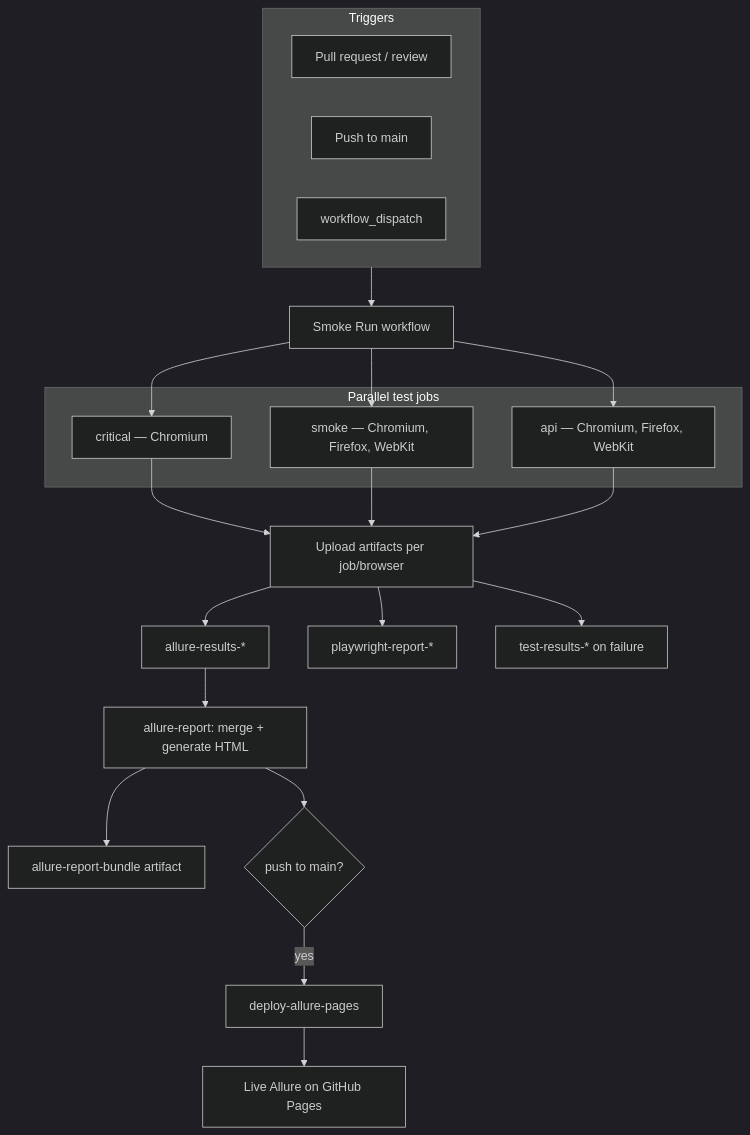
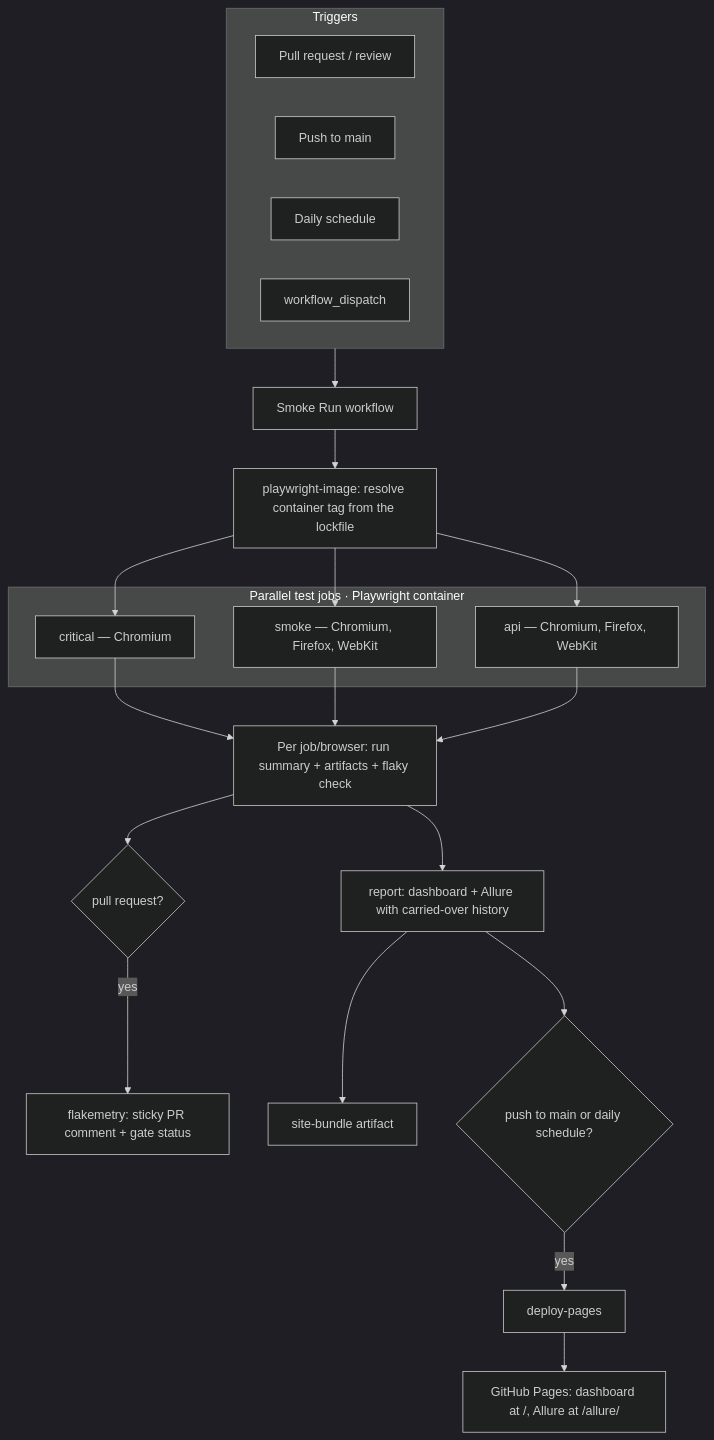
The diagram in docs/ci-pipeline.md (AKogut/playwright-ecommerce-framework), drawn with Mermaid (dark theme) before and after one commit. The commit also changed other lines of this file and 13 other files, not shown here.

First line of the commit message:
fix: Allure trend history, daily dashboard, local report hygiene, and docs (#120)

````diff
--- a/docs/ci-pipeline.md
+++ b/docs/ci-pipeline.md
@@ -9,34 +13,35 @@
 ```mermaid
 flowchart TD
     subgraph triggers [Triggers]
         PR[Pull request / review]
         MAIN[Push to main]
+        DAILY[Daily schedule]
         WD[workflow_dispatch]
     end
 
     triggers --> SR[Smoke Run workflow]
+    SR --> IMG[playwright-image: resolve container tag from the lockfile]
 
-    subgraph parallel [Parallel test jobs]
+    subgraph parallel [Parallel test jobs · Playwright container]
         C[critical — Chromium]
         S[smoke — Chromium, Firefox, WebKit]
         A[api — Chromium, Firefox, WebKit]
     end
 
-    SR --> C
-    SR --> S
-    SR --> A
+    IMG --> C
+    IMG --> S
+    IMG --> A
 
-    C --> ART[Upload artifacts per job/browser]
+    C --> ART[Per job/browser: run summary + artifacts + flaky check]
     S --> ART
     A --> ART
 
-    ART --> A1[allure-results-*]
-    ART --> A2[playwright-report-*]
-    ART --> A3[test-results-* on failure]
+    ART --> FM{pull request?}
+    FM -->|yes| INSIGHT[flakemetry: sticky PR comment + gate status]
 
-    A1 --> MERGE[allure-report: merge + generate HTML]
-    MERGE --> BUNDLE[allure-report-bundle artifact]
-    MERGE --> PAGES{push to main?}
-    PAGES -->|yes| DEPLOY[deploy-allure-pages]
-    DEPLOY --> LIVE[Live Allure on GitHub Pages]
+    ART --> REPORT[report: dashboard + Allure with carried-over history]
+    REPORT --> BUNDLE[site-bundle artifact]
+    REPORT --> PAGES{push to main or daily schedule?}
+    PAGES -->|yes| DEPLOY[deploy-pages]
+    DEPLOY --> LIVE["GitHub Pages: dashboard at /, Allure at /allure/"]
 ```
````
